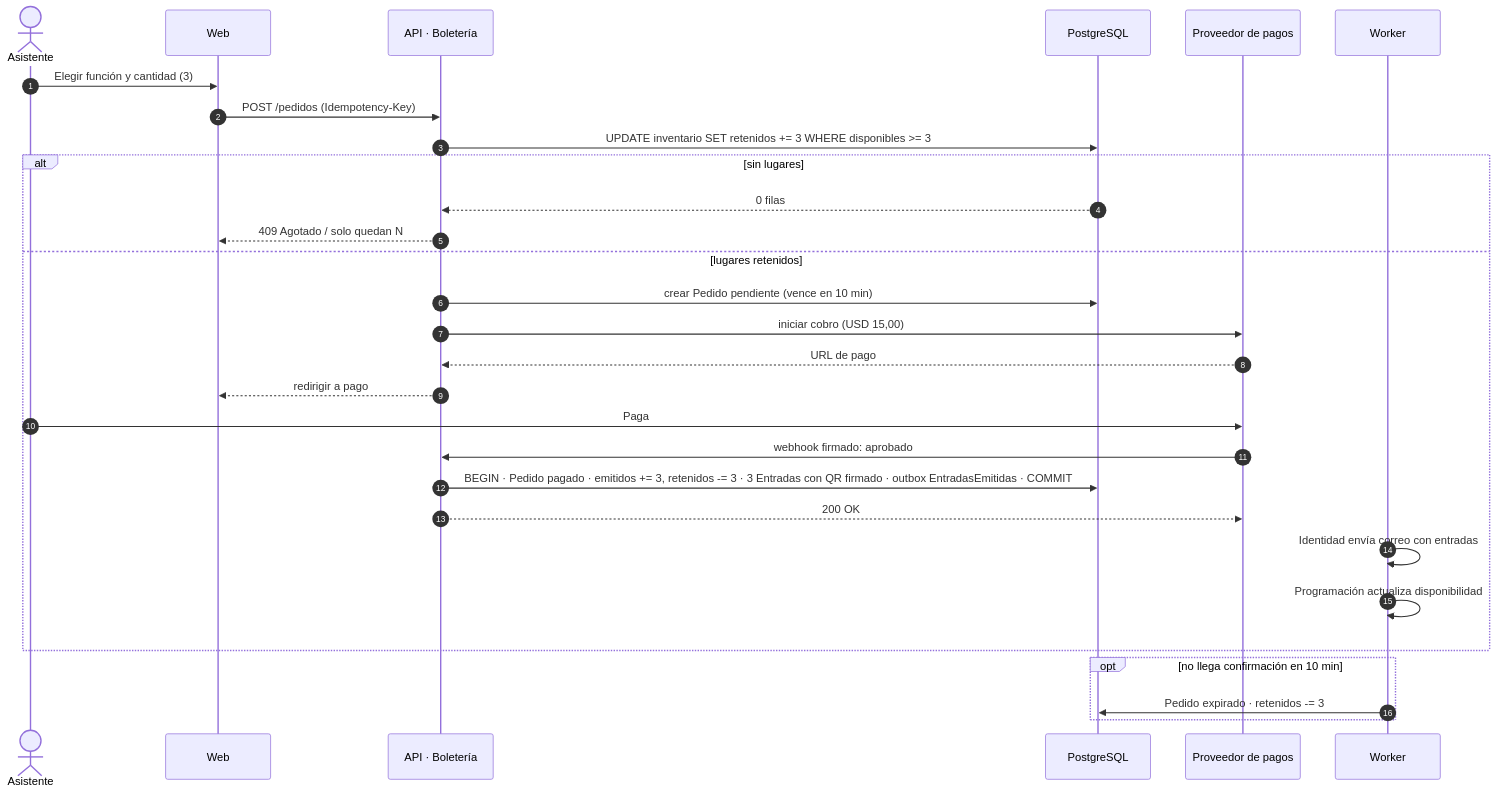
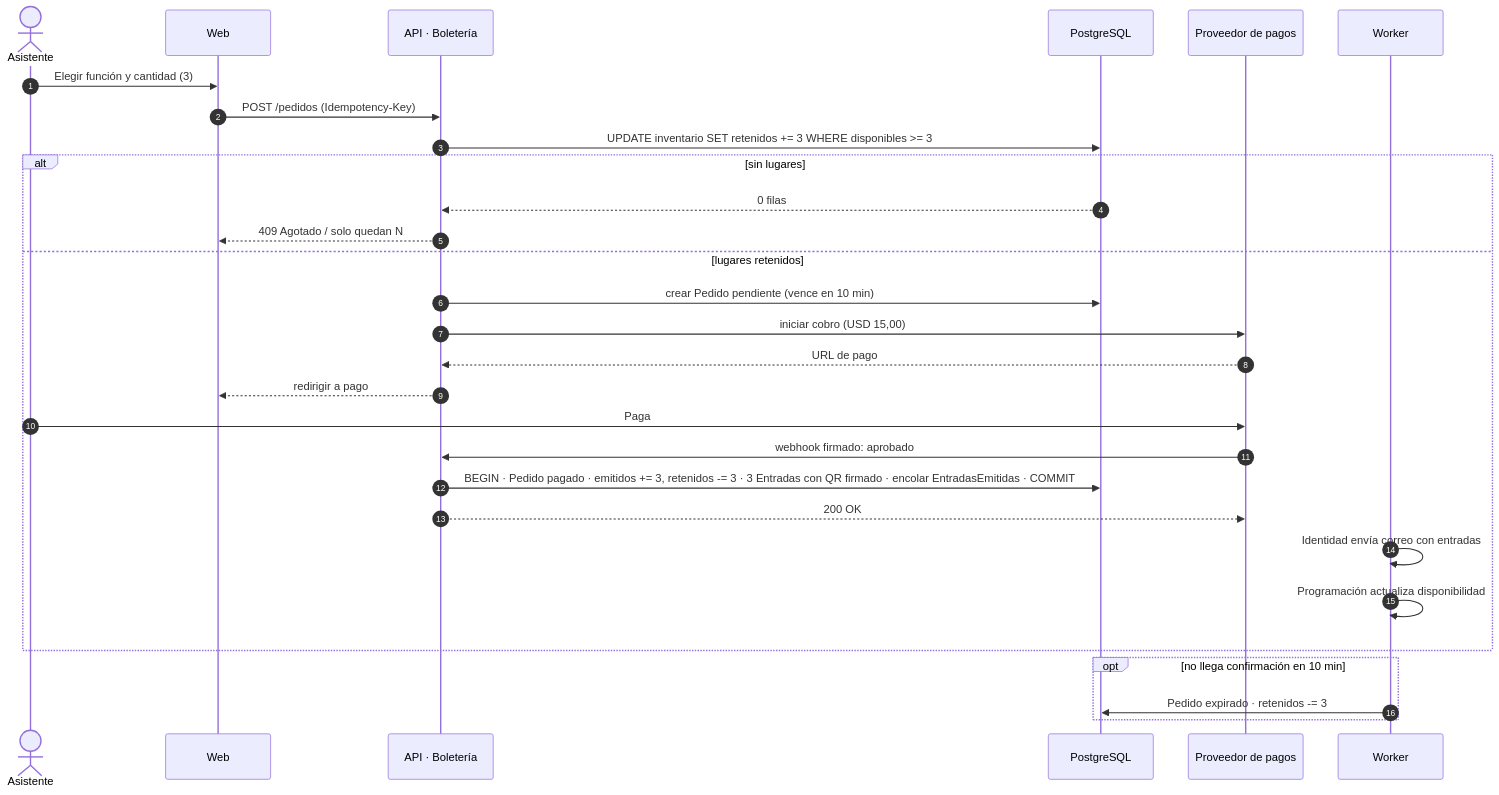
The third of 9 diagrams in docs/arquitectura/03-vista-procesos.md (Kevrc/festival-artes-vivas-loja), drawn with Mermaid before and after one commit. The commit also changed other lines of this file and 5 other files, not shown here.

````diff
--- a/docs/arquitectura/03-vista-procesos.md
+++ b/docs/arquitectura/03-vista-procesos.md
@@ -80,31 +76,31 @@
 ```mermaid
 sequenceDiagram
     autonumber
     actor A as Asistente
     participant W as Web
     participant API as API · Boletería
     participant DB as PostgreSQL
     participant PP as Proveedor de pagos
     participant WK as Worker
     A->>W: Elegir función y cantidad (3)
     W->>API: POST /pedidos (Idempotency-Key)
     API->>DB: UPDATE inventario SET retenidos += 3 WHERE disponibles >= 3
     alt sin lugares
         DB-->>API: 0 filas
         API-->>W: 409 Agotado / solo quedan N
     else lugares retenidos
         API->>DB: crear Pedido pendiente (vence en 10 min)
         API->>PP: iniciar cobro (USD 15,00)
         PP-->>API: URL de pago
         API-->>W: redirigir a pago
         A->>PP: Paga
         PP->>API: webhook firmado: aprobado
-        API->>DB: BEGIN · Pedido pagado · emitidos += 3, retenidos -= 3 · 3 Entradas con QR firmado · outbox EntradasEmitidas · COMMIT
+        API->>DB: BEGIN · Pedido pagado · emitidos += 3, retenidos -= 3 · 3 Entradas con QR firmado · encolar EntradasEmitidas · COMMIT
         API-->>PP: 200 OK
         WK->>WK: Identidad envía correo con entradas
         WK->>WK: Programación actualiza disponibilidad
     end
     opt no llega confirmación en 10 min
         WK->>DB: Pedido expirado · retenidos -= 3
     end
 ```
````
